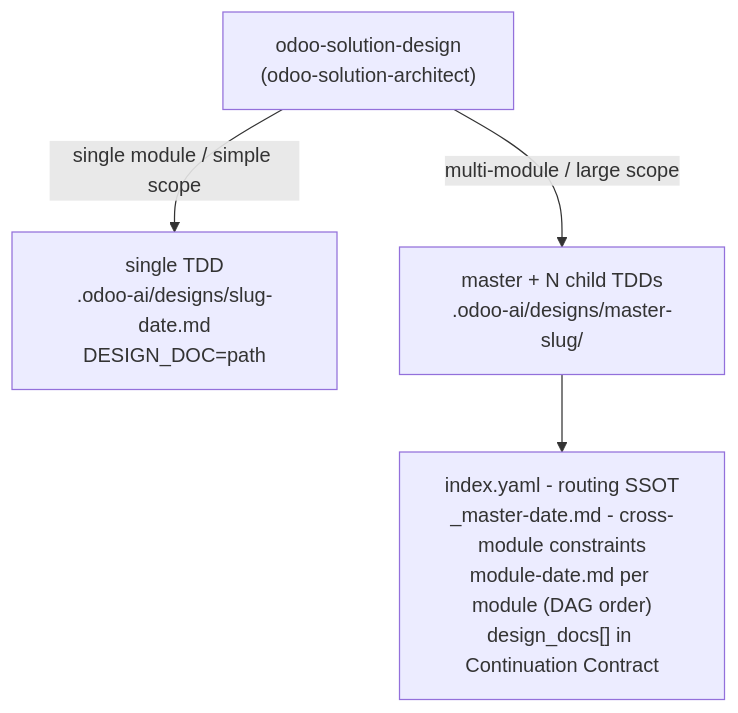
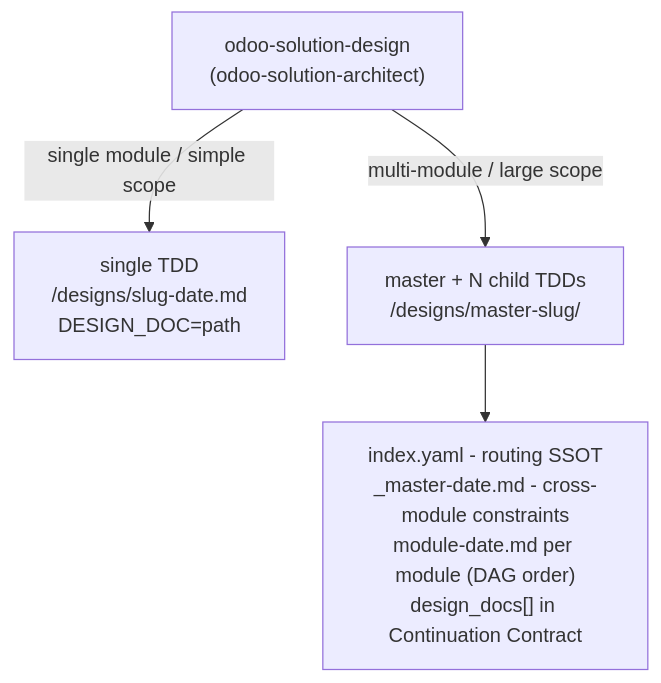
The third of 9 diagrams in plugins/odoo-ai-agents/README.md (Viindoo/odoo-mcp-client), drawn with Mermaid before and after one commit. The commit also changed other lines of this file and 9 other files, not shown here.

````diff
--- a/plugins/odoo-ai-agents/README.md
+++ b/plugins/odoo-ai-agents/README.md
@@ -272,7 +272,7 @@
 ```mermaid
 flowchart TD
     SD["odoo-solution-design<br/>(odoo-solution-architect)"]
-    SD -->|"single module / simple scope"| S["single TDD<br/>.odoo-ai/designs/slug-date.md<br/>DESIGN_DOC=path"]
-    SD -->|"multi-module / large scope"| M["master + N child TDDs<br/>.odoo-ai/designs/master-slug/"]
+    SD -->|"single module / simple scope"| S["single TDD<br/><SHARE_DIR>/designs/slug-date.md<br/>DESIGN_DOC=path"]
+    SD -->|"multi-module / large scope"| M["master + N child TDDs<br/><SHARE_DIR>/designs/master-slug/"]
     M --> IDX["index.yaml - routing SSOT<br/>_master-date.md - cross-module constraints<br/>module-date.md per module (DAG order)<br/>design_docs[] in Continuation Contract"]
 ```
````
